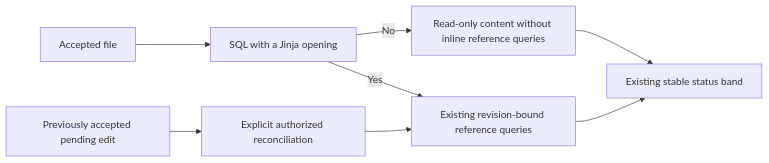
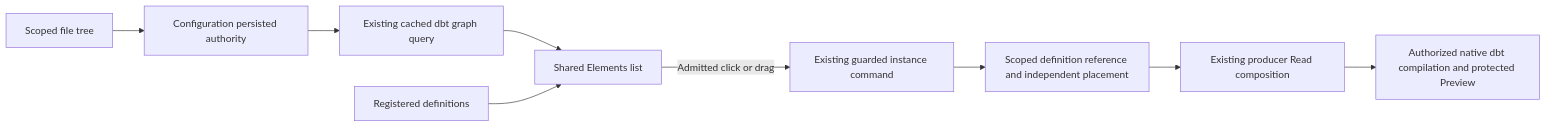
One commit to dunay2/dvt changed the fourth of 6 diagrams in docs/architecture/components/web/code-workbench-workspace-files-component.md. Above: the diagram before and after it, drawn with Mermaid. The commit also changed other lines of this file and 349 other files, not shown here.

````diff
--- a/docs/architecture/components/web/code-workbench-workspace-files-component.md
+++ b/docs/architecture/components/web/code-workbench-workspace-files-component.md
@@ -143,10 +279,11 @@
 ```mermaid
 flowchart LR
-  F[Accepted file] --> E[SQL with a Jinja opening]
-  E -->|No| V[Read-only content without inline reference queries]
-  E -->|Yes| G[Existing revision-bound reference queries]
-  V --> S[Existing stable status band]
-  G --> S
-  P[Previously accepted pending edit] --> R[Explicit authorized reconciliation]
-  R --> G
+  T[Scoped file tree] --> A[Configuration persisted authority]
+  A --> G[Existing cached dbt graph query]
+  G --> E[Shared Elements list]
+  N[Registered definitions] --> E
+  E -->|Admitted click or drag| S[Existing guarded instance command]
+  S --> R[Scoped definition reference and independent placement]
+  R --> P[Existing producer Read composition]
+  P --> V[Authorized native dbt compilation and protected Preview]
 ```
````
